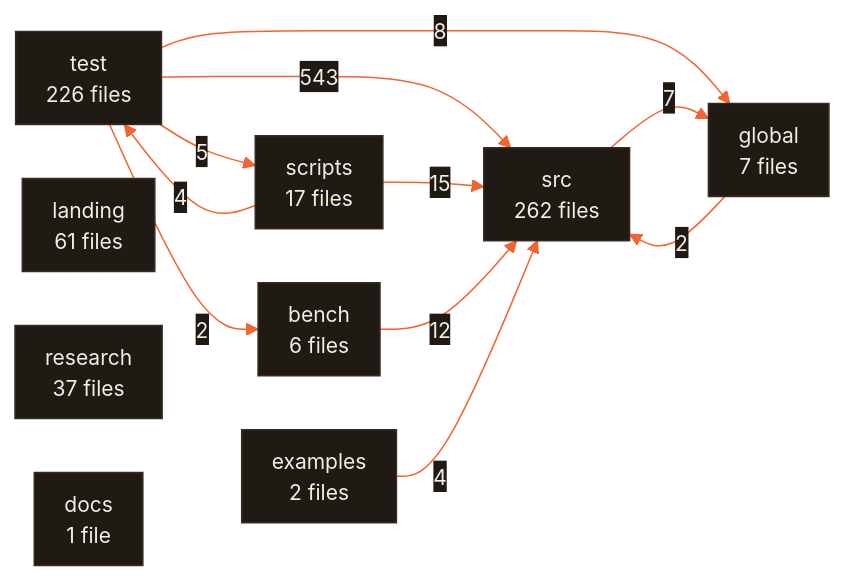
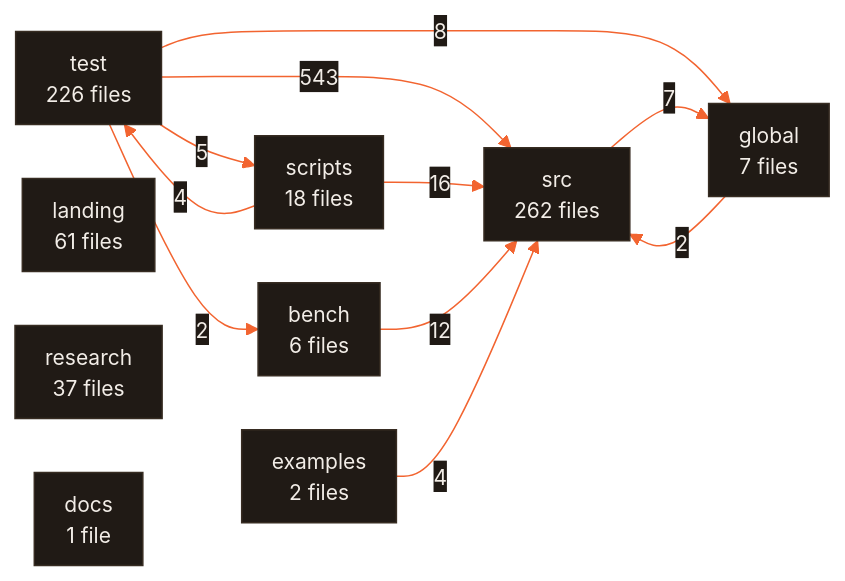
One commit to CodeWithJuber/forgekit changed the diagram in ARCHITECTURE.md. Above: the diagram before and after it, drawn with Mermaid. The commit also changed 58 other files, not shown here.

````diff
--- a/ARCHITECTURE.md
+++ b/ARCHITECTURE.md
@@ -630,23 +630,23 @@
 ```mermaid
 %%{init: {'theme':'base','themeVariables':{'primaryColor':'#201a15','primaryTextColor':'#f2ede7','primaryBorderColor':'#372c22','lineColor':'#f26430','secondaryColor':'#272019','tertiaryColor':'#171310','edgeLabelBackground':'#201a15','clusterBkg':'#171310','clusterBorder':'#4a3b2e','fontFamily':'ui-sans-serif, system-ui, sans-serif','fontSize':'14px'},'flowchart':{'curve':'basis','padding':10,'nodeSpacing':36,'rankSpacing':44}}}%%
 flowchart LR
   src["src<br/>262 files"]
   test["test<br/>226 files"]
   landing["landing<br/>61 files"]
   research["research<br/>37 files"]
-  scripts["scripts<br/>17 files"]
+  scripts["scripts<br/>18 files"]
   global["global<br/>7 files"]
   bench["bench<br/>6 files"]
   examples["examples<br/>2 files"]
   docs["docs<br/>1 file"]
   test -- 543 --> src
-  scripts -- 15 --> src
+  scripts -- 16 --> src
   bench -- 12 --> src
   test -- 8 --> global
   src -- 7 --> global
   test -- 5 --> scripts
   examples -- 4 --> src
   scripts -- 4 --> test
   global -- 2 --> src
   test -- 2 --> bench
 ```
````
